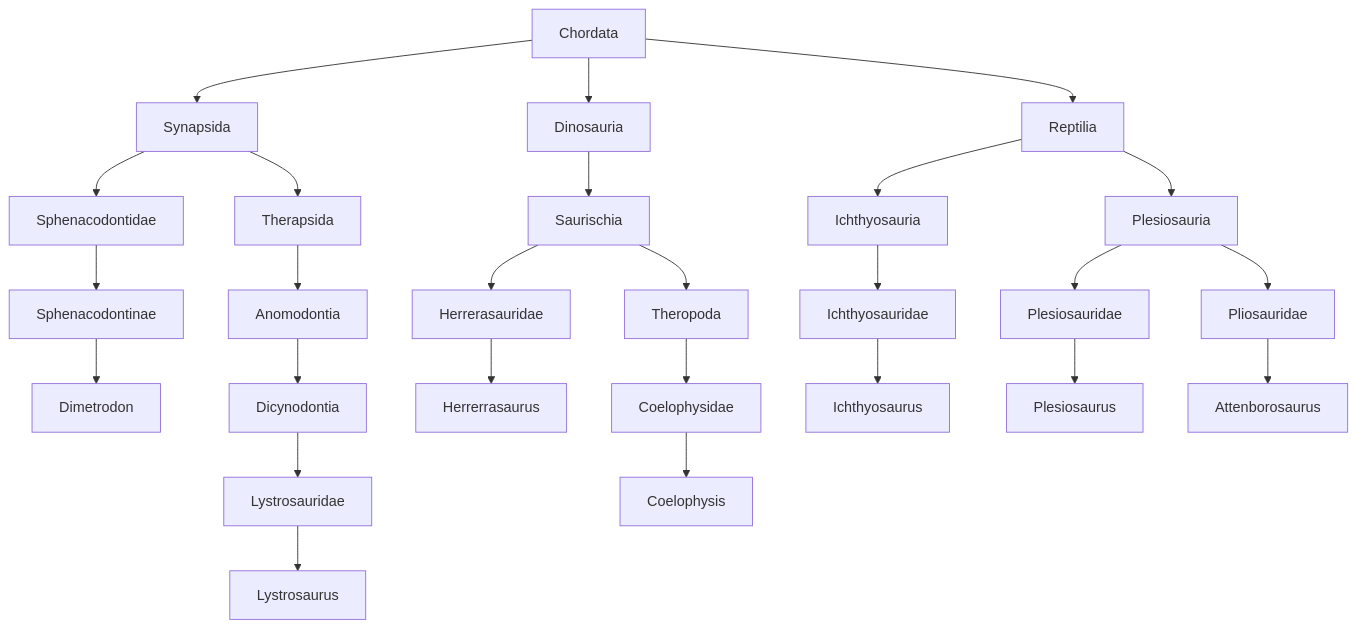
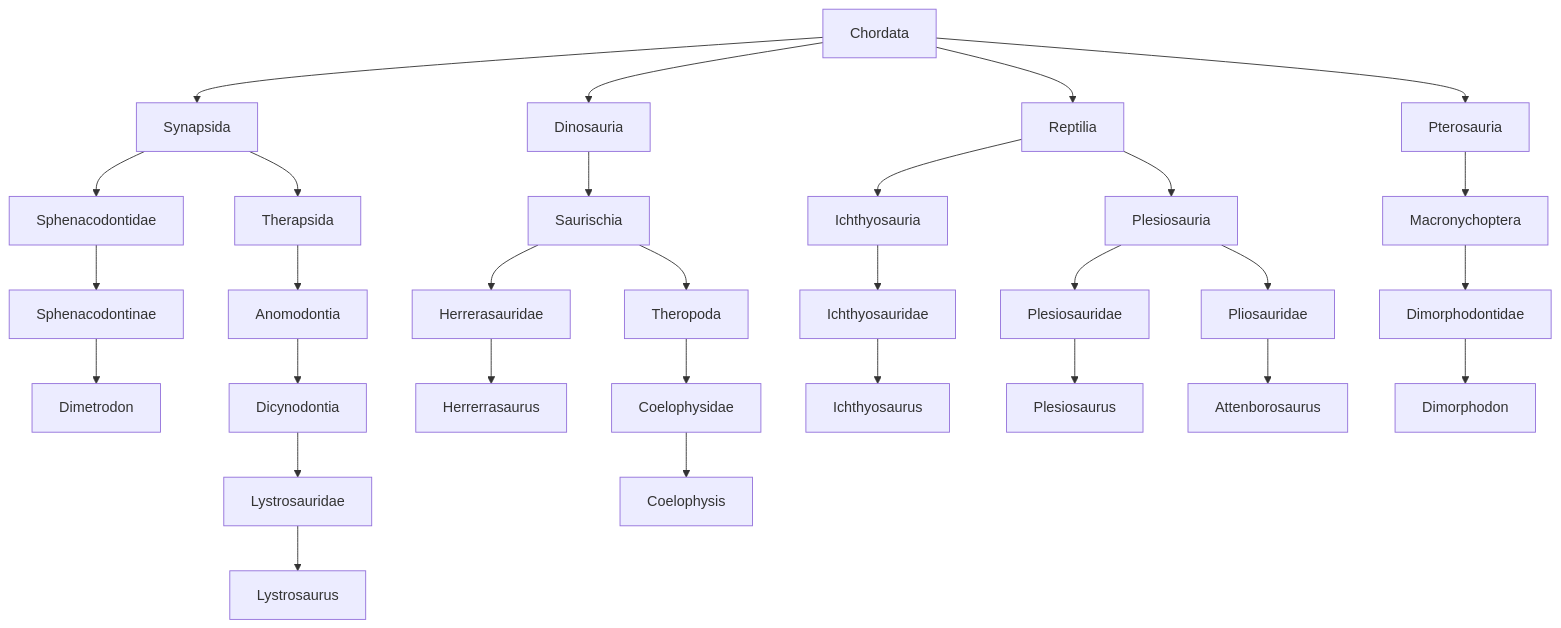
One commit to jackdixonryan/JWE2-Taxonomy changed the diagram in readme.md. Above: the diagram before and after it, drawn with Mermaid.

Commit message:
Update readme.md
Dimorphodon

````diff
--- a/readme.md
+++ b/readme.md
@@ -3,40 +3,45 @@
 ```mermaid
 graph TD;
 
 Chordata-->Synapsida
 Chordata-->Dinosauria
 Chordata-->Reptilia
+Chordata-->Pterosauria
 
 Synapsida-->Sphenacodontidae
 Synapsida-->Therapsida
 
 Sphenacodontidae-->Sphenacodontinae
 Sphenacodontinae-->Dimetrodon
 
 Therapsida-->Anomodontia
 Anomodontia-->Dicynodontia
 Dicynodontia-->Lystrosauridae
 Lystrosauridae-->Lystrosaurus
 
 Dinosauria-->Saurischia
 
 Saurischia-->Herrerasauridae
 Saurischia-->Theropoda
 
 Herrerasauridae-->Herrerrasaurus
 
 Theropoda-->Coelophysidae
 Coelophysidae-->Coelophysis
 
 Reptilia-->Ichthyosauria
 Reptilia-->Plesiosauria
 
 Ichthyosauria-->Ichthyosauridae 
 Ichthyosauridae-->Ichthyosaurus
 
 Plesiosauria-->Plesiosauridae 
 Plesiosauria-->Pliosauridae
 
 Plesiosauridae-->Plesiosaurus
 Pliosauridae-->Attenborosaurus
+
+Pterosauria-->Macronychoptera
+Macronychoptera-->Dimorphodontidae 
+Dimorphodontidae-->Dimorphodon
 ```
````
